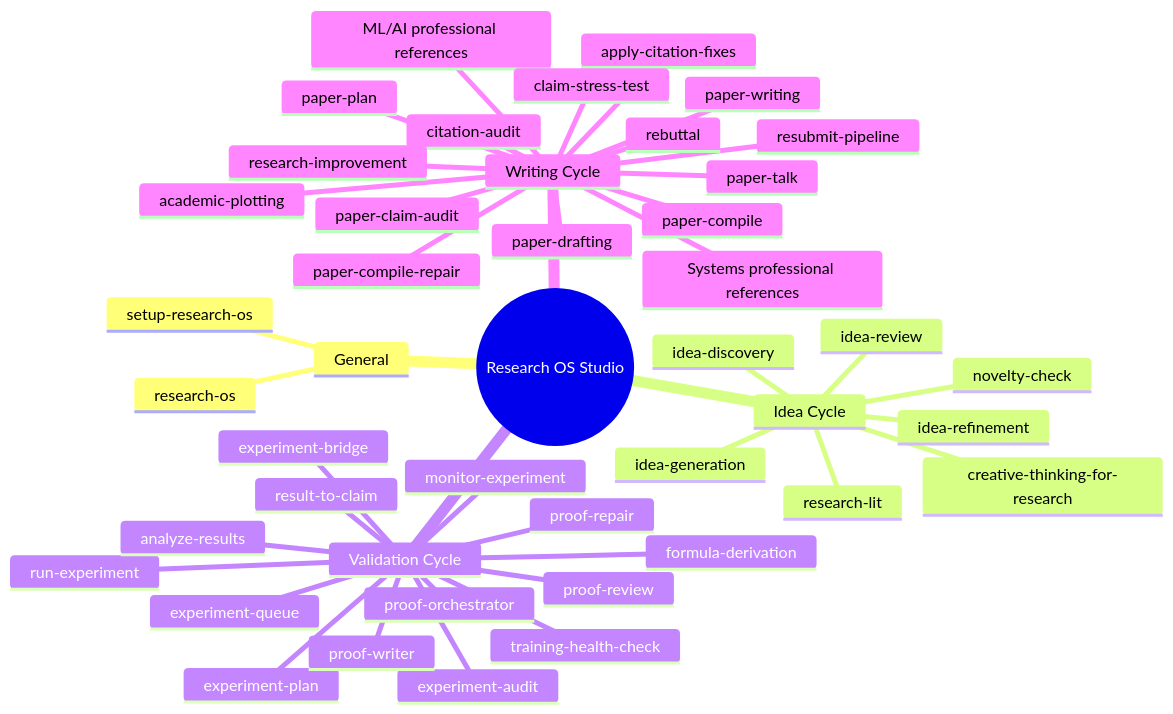
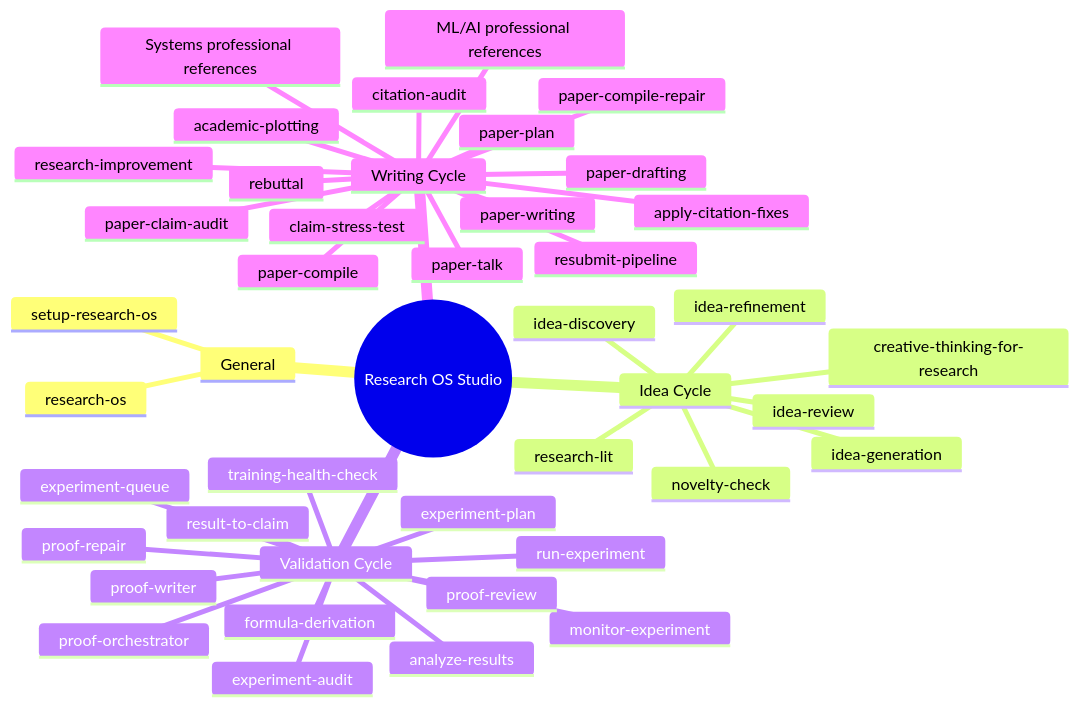
Before and after one commit to toRolex/Research-OS-Studio: the second of 3 diagrams in docs/assets/workflow-diagrams.md, drawn with Mermaid. The commit also changed 27 other files, not shown here.

Commit message:
refactor(validation): retire experiment bridge controller

````diff
--- a/docs/assets/workflow-diagrams.md
+++ b/docs/assets/workflow-diagrams.md
@@ -51,47 +51,46 @@
 ```mermaid
 mindmap
   root((Research OS Studio))
     General
       setup-research-os
       research-os
     Idea Cycle
       idea-discovery
       research-lit
       idea-generation
       creative-thinking-for-research
       novelty-check
       idea-review
       idea-refinement
     Validation Cycle
       experiment-plan
-      experiment-bridge
       run-experiment
       experiment-queue
       monitor-experiment
       training-health-check
       analyze-results
       experiment-audit
       result-to-claim
       formula-derivation
       proof-writer
       proof-review
       proof-repair
       proof-orchestrator
     Writing Cycle
       paper-writing
       ML/AI professional references
       Systems professional references
       paper-plan
       paper-drafting
       academic-plotting
       paper-compile
       paper-compile-repair
       citation-audit
       apply-citation-fixes
       paper-claim-audit
       claim-stress-test
       research-improvement
       rebuttal
       resubmit-pipeline
       paper-talk
 ```
````
